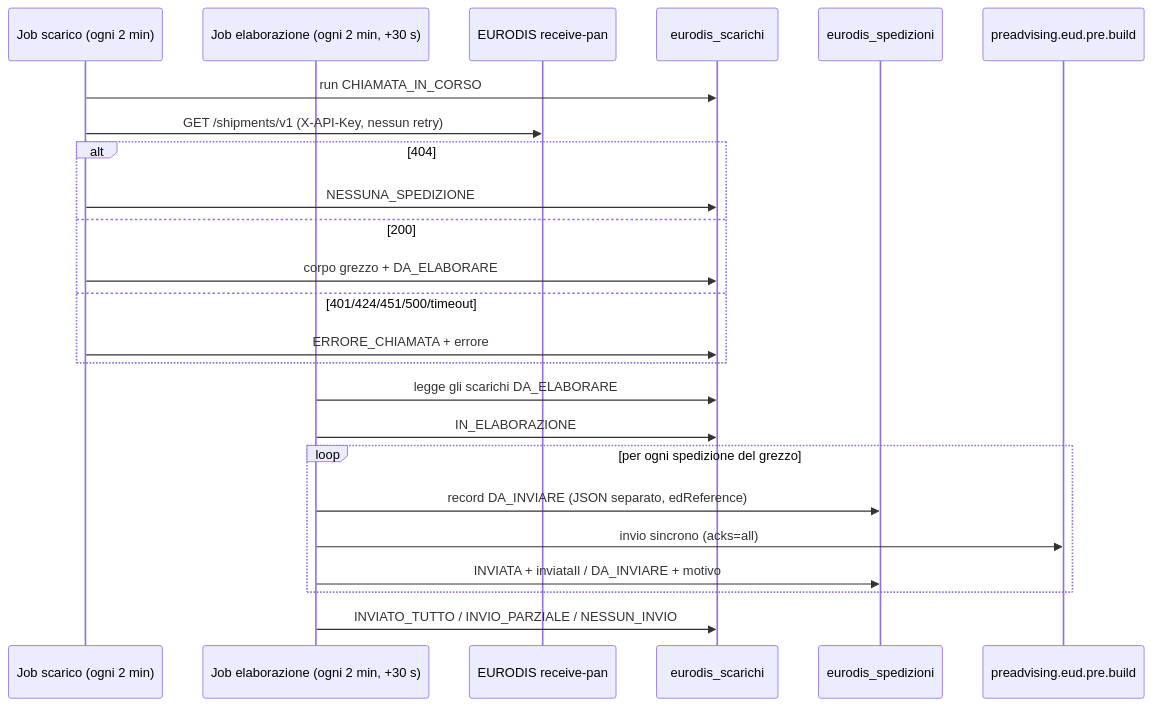
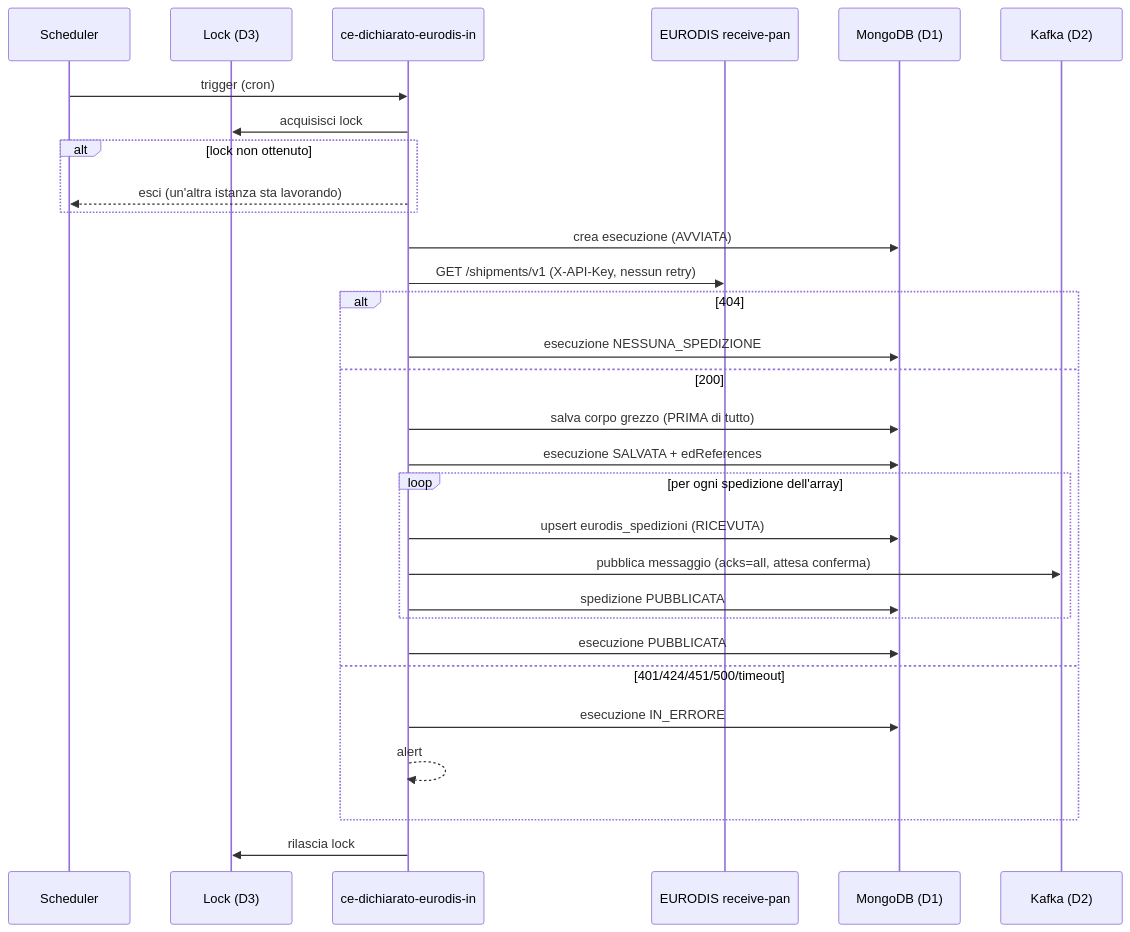
Before and after one commit to diegoMereu/sda-bmad: the second of 3 diagrams in iniziative/136596/sviluppo/ce-dichiarato-eurodis-in.md, drawn with Mermaid. The commit also changed other lines of this file and 1 other file, not shown here.

````diff
--- a/iniziative/136596/sviluppo/ce-dichiarato-eurodis-in.md
+++ b/iniziative/136596/sviluppo/ce-dichiarato-eurodis-in.md
@@ -193,28 +202,33 @@
 ```mermaid
 sequenceDiagram
-    participant S1 as Job scarico (ogni 2 min)
-    participant S2 as Job elaborazione (ogni 2 min, +30 s)
+    participant S as Scheduler
+    participant L as Lock (D3)
+    participant IN as ce-dichiarato-eurodis-in
     participant E as EURODIS receive-pan
-    participant SC as eurodis_scarichi
-    participant SP as eurodis_spedizioni
-    participant K as preadvising.eud.pre.build
+    participant DB as MongoDB (D1)
+    participant K as Kafka (D2)
 
-    S1->>SC: run CHIAMATA_IN_CORSO
-    S1->>E: GET /shipments/v1 (X-API-Key, nessun retry)
+    S->>IN: trigger (cron)
+    IN->>L: acquisisci lock
+    alt lock non ottenuto
+        IN-->>S: esci (un'altra istanza sta lavorando)
+    end
+    IN->>DB: crea esecuzione (AVVIATA)
+    IN->>E: GET /shipments/v1 (X-API-Key, nessun retry)
     alt 404
-        S1->>SC: NESSUNA_SPEDIZIONE
+        IN->>DB: esecuzione NESSUNA_SPEDIZIONE
     else 200
-        S1->>SC: corpo grezzo + DA_ELABORARE
+        IN->>DB: salva corpo grezzo (PRIMA di tutto)
+        IN->>DB: esecuzione SALVATA + edReferences
+        loop per ogni spedizione dell'array
+            IN->>DB: upsert eurodis_spedizioni (RICEVUTA)
+            IN->>K: pubblica messaggio (acks=all, attesa conferma)
+            IN->>DB: spedizione PUBBLICATA
+        end
+        IN->>DB: esecuzione PUBBLICATA
     else 401/424/451/500/timeout
-        S1->>SC: ERRORE_CHIAMATA + errore
+        IN->>DB: esecuzione IN_ERRORE
+        IN-->>IN: alert
     end
-
-    S2->>SC: legge gli scarichi DA_ELABORARE
-    S2->>SC: IN_ELABORAZIONE
-    loop per ogni spedizione del grezzo
-        S2->>SP: record DA_INVIARE (JSON separato, edReference)
-        S2->>K: invio sincrono (acks=all)
-        S2->>SP: INVIATA + inviataIl  /  DA_INVIARE + motivo
-    end
-    S2->>SC: INVIATO_TUTTO / INVIO_PARZIALE / NESSUN_INVIO
+    IN->>L: rilascia lock
 ```
````
